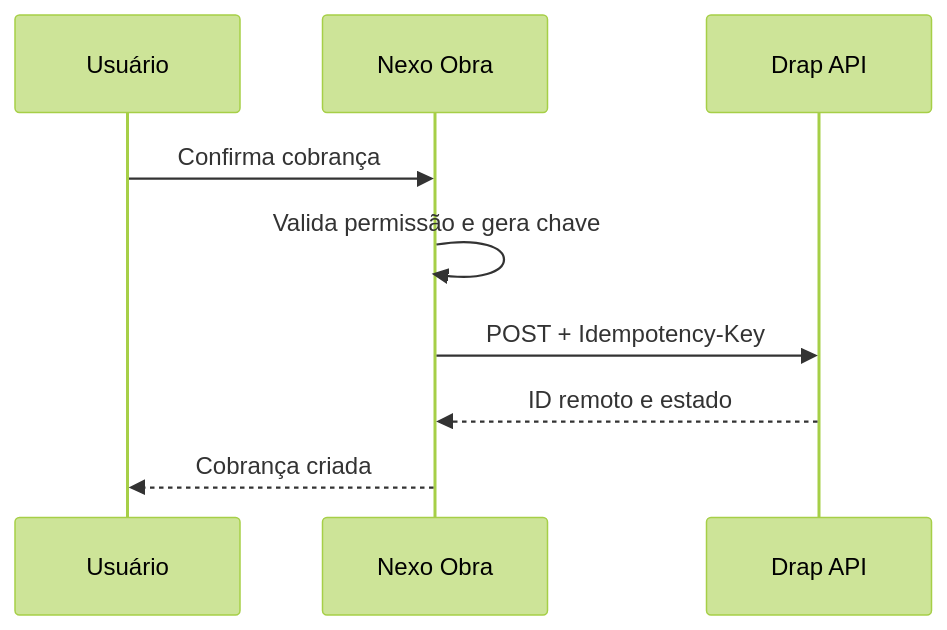
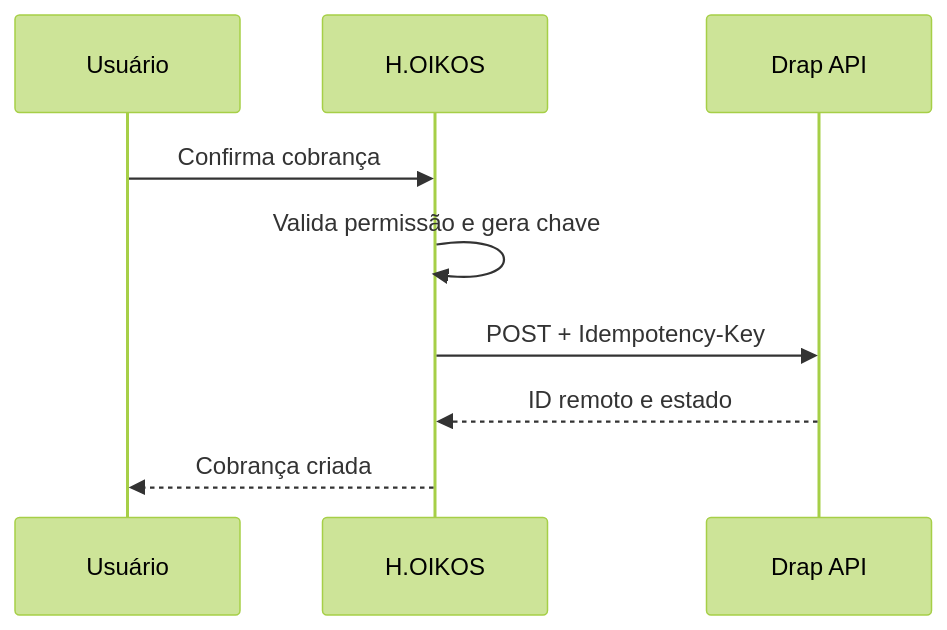
The second of 3 diagrams in docs/DRAP-INTEGRATION.md (empresaexemplo9-gif/Nexo-obra), drawn with Mermaid (forest theme) before and after one commit. The commit also changed other lines of this file and 44 other files, not shown here.

````diff
--- a/docs/DRAP-INTEGRATION.md
+++ b/docs/DRAP-INTEGRATION.md
@@ -27,11 +27,11 @@
 ```mermaid
 sequenceDiagram
     participant U as Usuário
-    participant N as Nexo Obra
+    participant N as H.OIKOS
     participant D as Drap API
     U->>N: Confirma cobrança
     N->>N: Valida permissão e gera chave
     N->>D: POST + Idempotency-Key
     D-->>N: ID remoto e estado
     N-->>U: Cobrança criada
 ```
````
